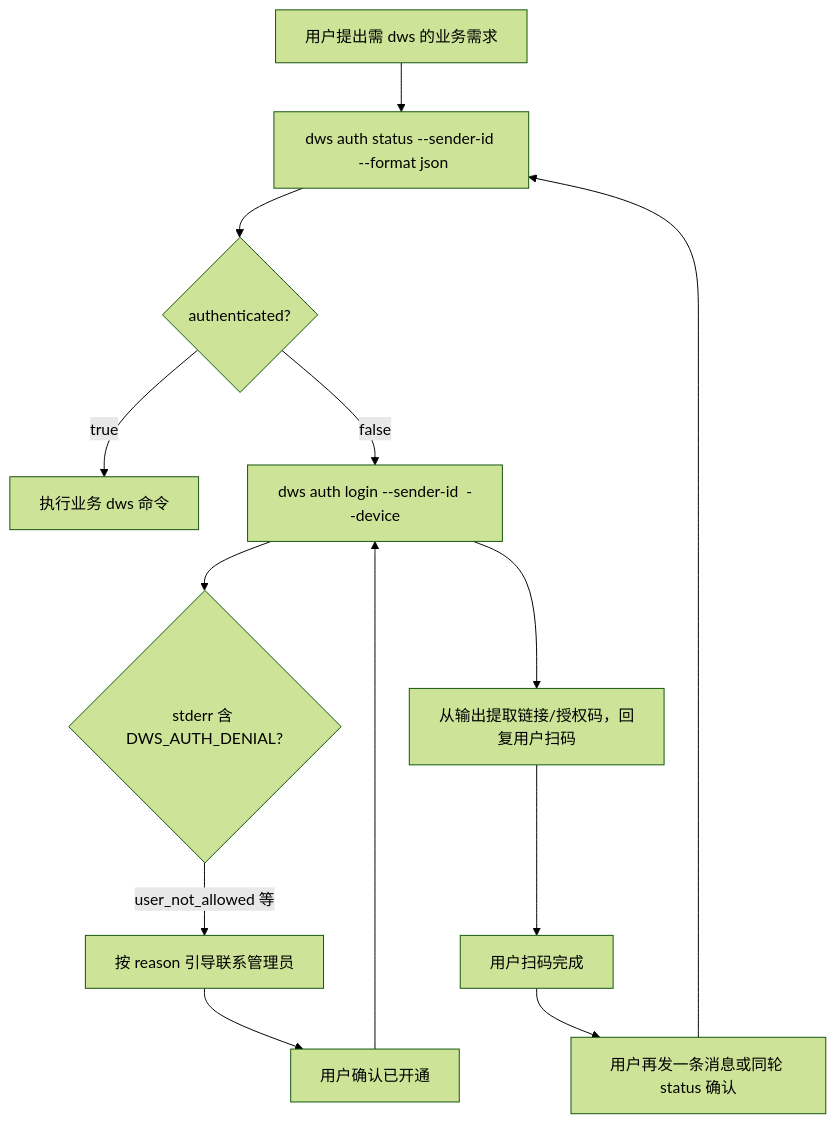
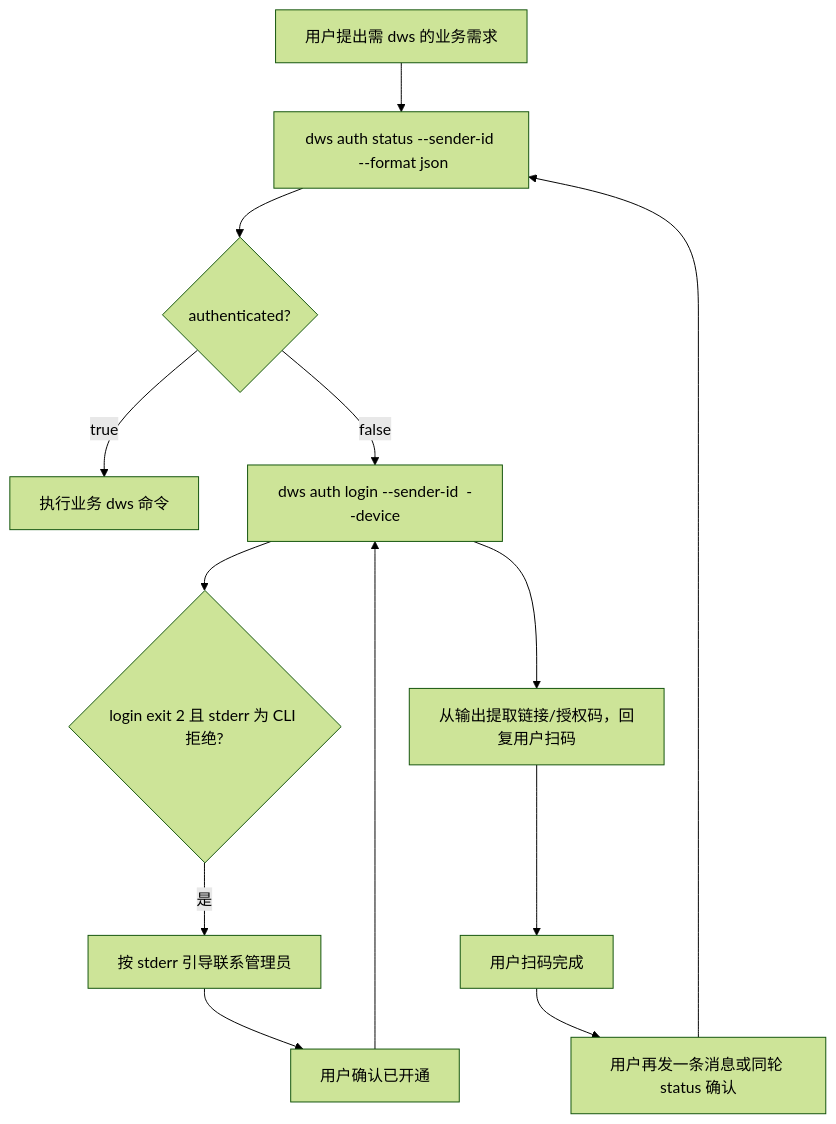
One commit to WangKangAandy/dingtalk-workspace-cli changed the diagram in skills/references/dws-auth-workflow.md. Above: the diagram before and after it, drawn with Mermaid (forest theme). The commit also changed other lines of this file and 9 other files, not shown here.

First line of the commit message:
refactor(auth): drop Phase-1 host contract code; skill documents stderr flow

````diff
--- a/skills/references/dws-auth-workflow.md
+++ b/skills/references/dws-auth-workflow.md
@@ -49,15 +49,15 @@
 ```mermaid
 flowchart TD
     A[用户提出需 dws 的业务需求] --> B["dws auth status --sender-id <id> --format json"]
     B --> C{authenticated?}
     C -->|true| D[执行业务 dws 命令]
     C -->|false| E["dws auth login --sender-id <id> --device"]
     E --> F[从输出提取链接/授权码，回复用户扫码]
     F --> G[用户扫码完成]
     G --> H[用户再发一条消息或同轮 status 确认]
     H --> B
-    E --> I{stderr 含 DWS_AUTH_DENIAL?}
-    I -->|user_not_allowed 等| J[按 reason 引导联系管理员]
+    E --> I{login exit 2 且 stderr 为 CLI 拒绝?}
+    I -->|是| J[按 stderr 引导联系管理员]
     J --> K[用户确认已开通]
     K --> E
 ```
````
